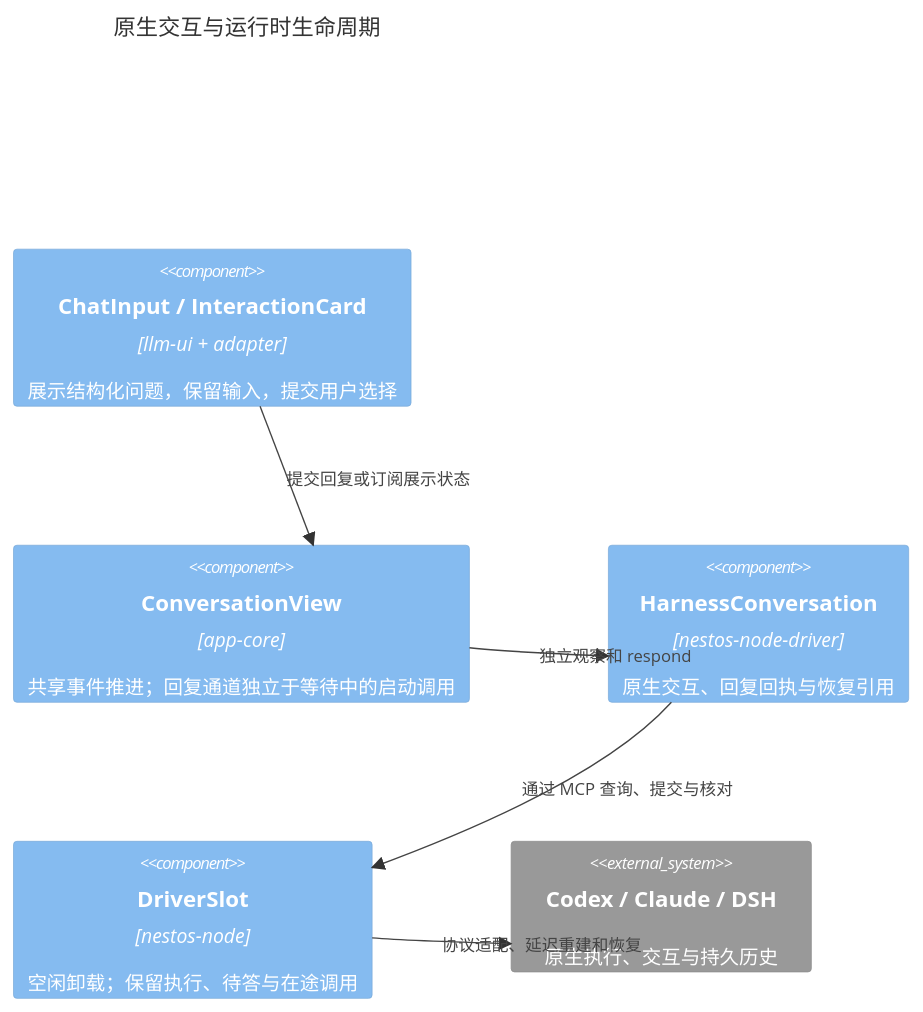
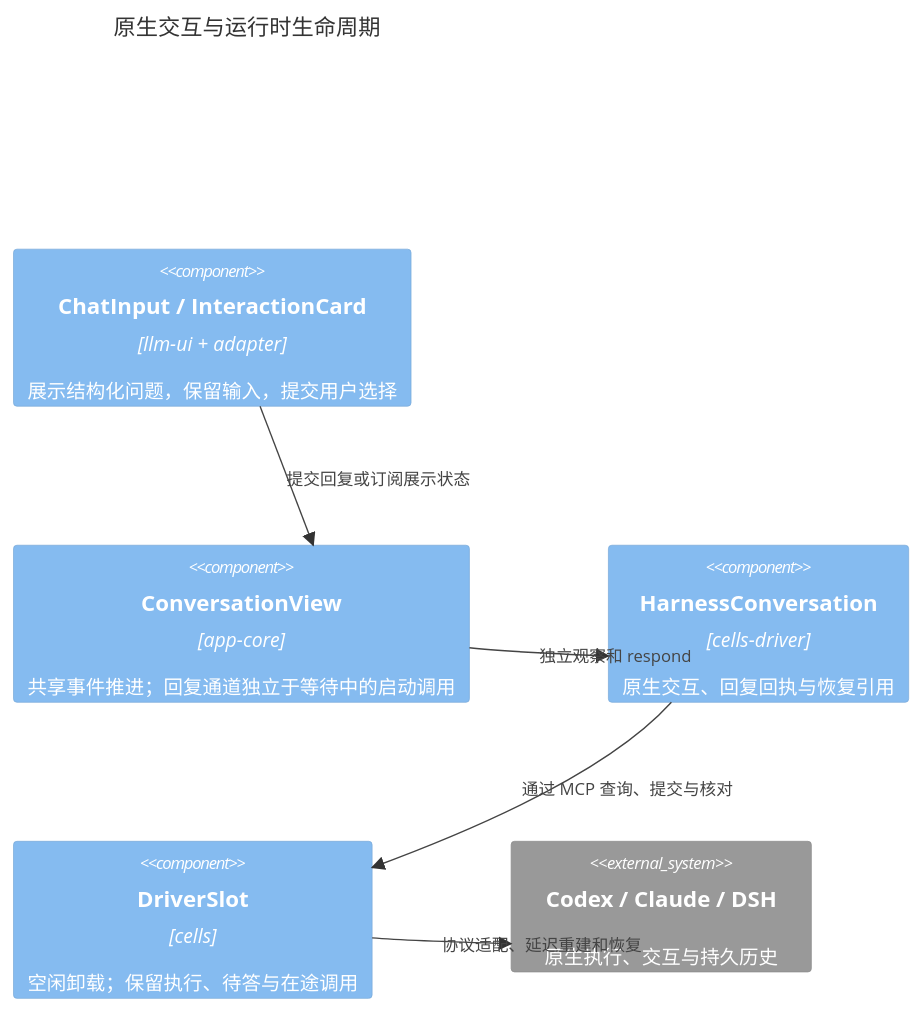
One commit to mushuanli/NestOS changed the fourth of 6 diagrams in doc/design/vfs-session-browser.md. Above: the diagram before and after it, drawn with Mermaid. The commit also changed other lines of this file and 173 other files, not shown here.

Commit message:
refactor(cells)!: migrate node and driver identities across NestOS

````diff
--- a/doc/design/vfs-session-browser.md
+++ b/doc/design/vfs-session-browser.md
@@ -415,13 +415,13 @@
 ```mermaid
 C4Component
   title 原生交互与运行时生命周期
   Component(ui, "ChatInput / InteractionCard", "llm-ui + adapter", "展示结构化问题，保留输入，提交用户选择")
   Component(view, "ConversationView", "app-core", "共享事件推进；回复通道独立于等待中的启动调用")
-  Component(driver, "HarnessConversation", "nestos-node-driver", "原生交互、回复回执与恢复引用")
-  Component(slot, "DriverSlot", "nestos-node", "空闲卸载；保留执行、待答与在途调用")
+  Component(driver, "HarnessConversation", "cells-driver", "原生交互、回复回执与恢复引用")
+  Component(slot, "DriverSlot", "cells", "空闲卸载；保留执行、待答与在途调用")
   System_Ext(native, "Codex / Claude / DSH", "原生执行、交互与持久历史")
   Rel(ui, view, "提交回复或订阅展示状态")
   Rel(view, driver, "独立观察和 respond")
   Rel(driver, slot, "通过 MCP 查询、提交与核对")
   Rel(slot, native, "协议适配、延迟重建和恢复")
 ```
````
